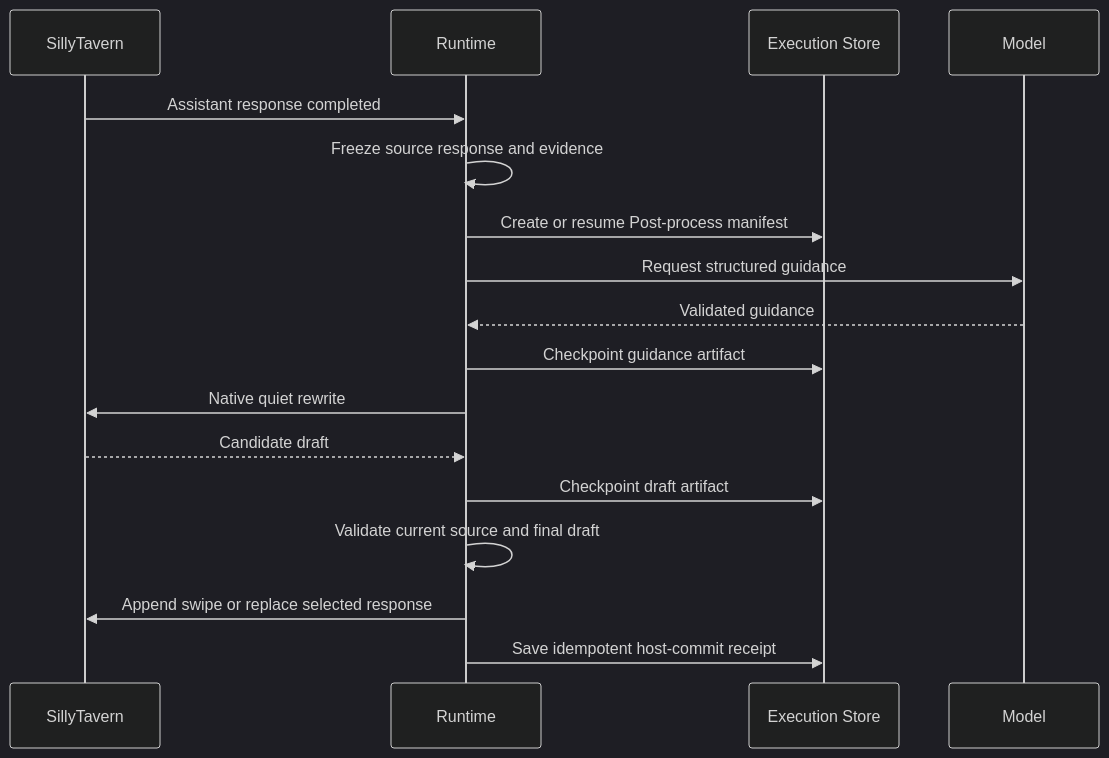
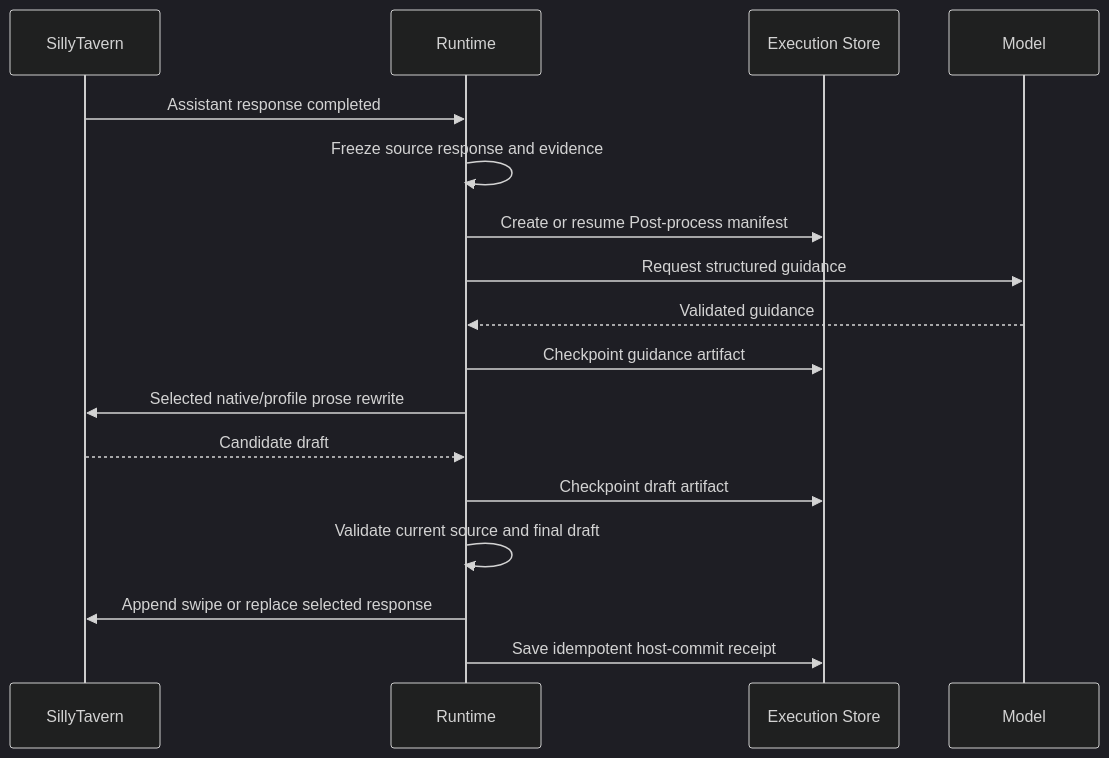
One commit to MentallyQuill/Recursion changed the third of 3 diagrams in docs/technical/RUNTIME_TURN_SEQUENCE.md. Above: the diagram before and after it, drawn with Mermaid (dark theme). The commit also changed 54 other files, not shown here.

````diff
--- a/docs/technical/RUNTIME_TURN_SEQUENCE.md
+++ b/docs/technical/RUNTIME_TURN_SEQUENCE.md
@@ -131,20 +131,20 @@
 ```mermaid
 sequenceDiagram
     participant Host as SillyTavern
     participant Runtime
     participant Store as Execution Store
     participant Model
 
     Host->>Runtime: Assistant response completed
     Runtime->>Runtime: Freeze source response and evidence
     Runtime->>Store: Create or resume Post-process manifest
     Runtime->>Model: Request structured guidance
     Model-->>Runtime: Validated guidance
     Runtime->>Store: Checkpoint guidance artifact
-    Runtime->>Host: Native quiet rewrite
+    Runtime->>Host: Selected native/profile prose rewrite
     Host-->>Runtime: Candidate draft
     Runtime->>Store: Checkpoint draft artifact
     Runtime->>Runtime: Validate current source and final draft
     Runtime->>Host: Append swipe or replace selected response
     Runtime->>Store: Save idempotent host-commit receipt
 ```
````
